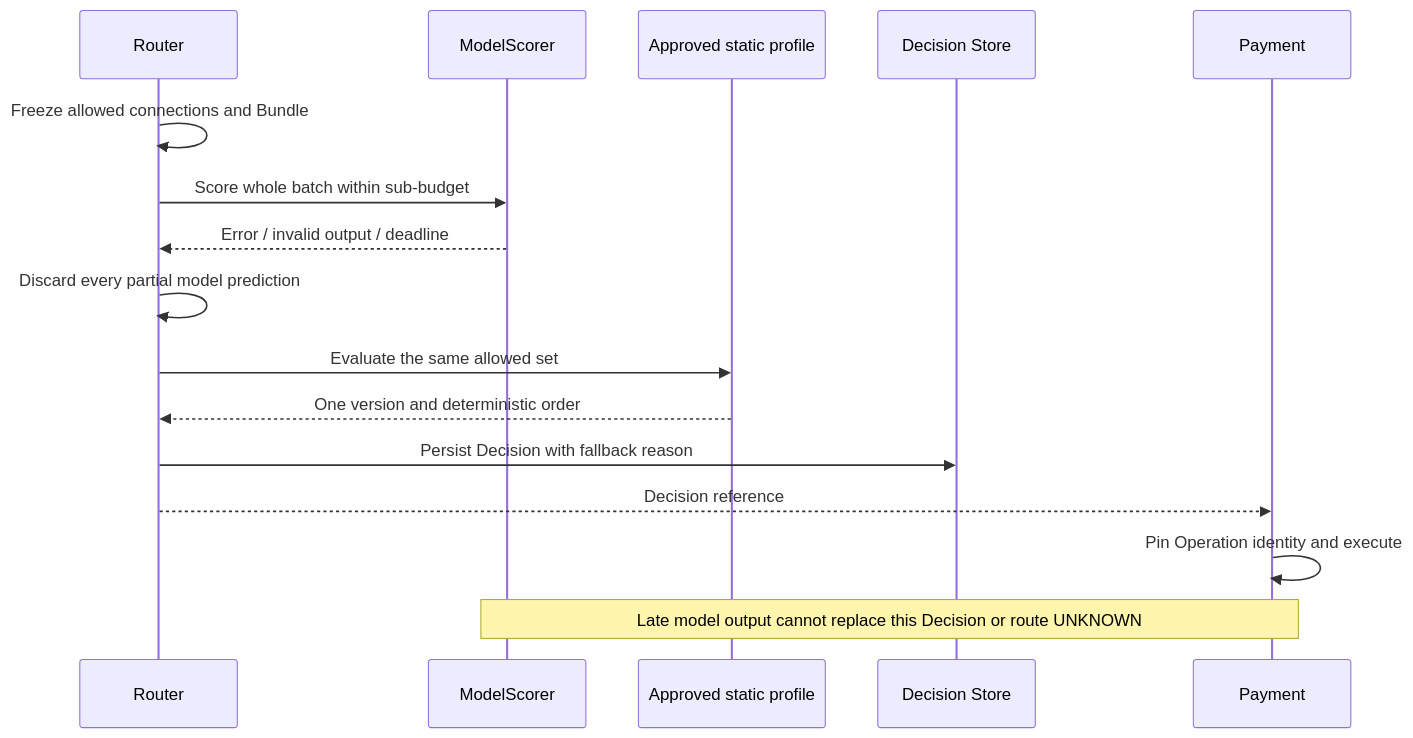
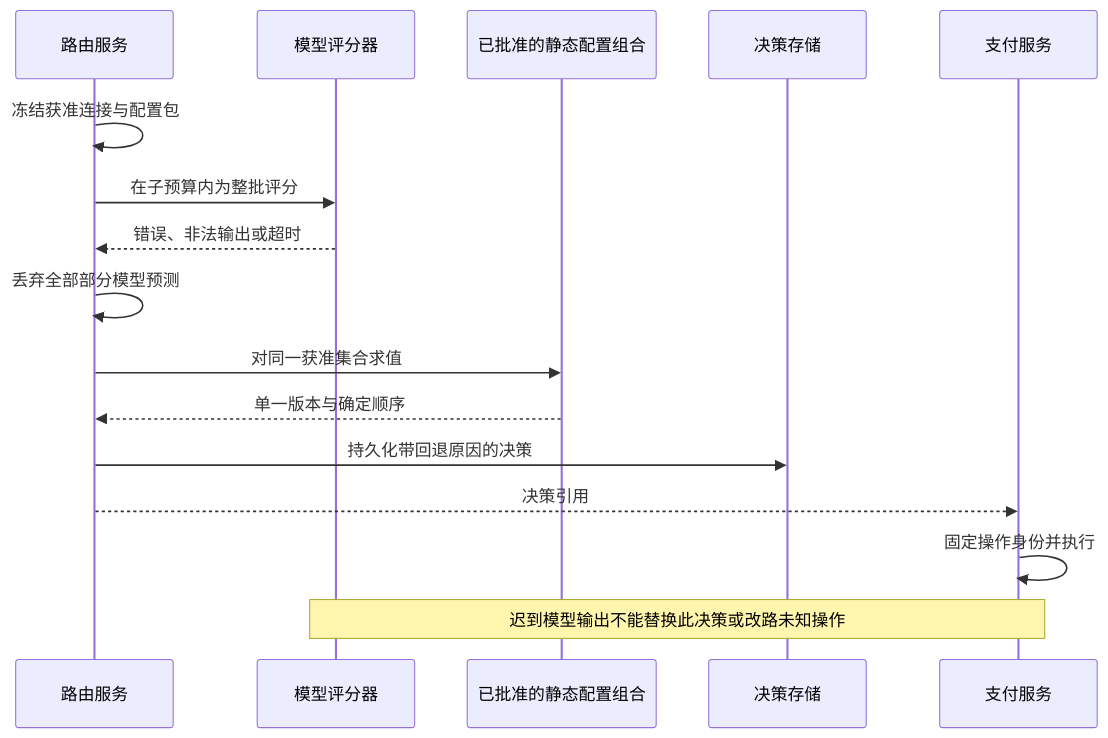
One commit to YouEclipse/Designing-Modern-Payment-Systems changed the third of 3 diagrams in part-5-global-routing/intelligent-routing.md. Above: the diagram before and after it, drawn with Mermaid. The commit also changed other lines of this file and 59 other files, not shown here.

````diff
--- a/part-5-global-routing/intelligent-routing.md
+++ b/part-5-global-routing/intelligent-routing.md
@@ -517,18 +517,18 @@
 ```mermaid
 sequenceDiagram
-    participant R as Router
-    participant M as ModelScorer
-    participant F as Approved static profile
-    participant D as Decision Store
-    participant P as Payment
-    R->>R: Freeze allowed connections and Bundle
-    R->>M: Score whole batch within sub-budget
-    M-->>R: Error / invalid output / deadline
-    R->>R: Discard every partial model prediction
-    R->>F: Evaluate the same allowed set
-    F-->>R: One version and deterministic order
-    R->>D: Persist Decision with fallback reason
-    R-->>P: Decision reference
-    P->>P: Pin Operation identity and execute
-    Note over M,P: Late model output cannot replace this Decision or route UNKNOWN
+    participant R as 路由服务
+    participant M as 模型评分器
+    participant F as 已批准的静态配置组合
+    participant D as 决策存储
+    participant P as 支付服务
+    R->>R: 冻结获准连接与配置包
+    R->>M: 在子预算内为整批评分
+    M-->>R: 错误、非法输出或超时
+    R->>R: 丢弃全部部分模型预测
+    R->>F: 对同一获准集合求值
+    F-->>R: 单一版本与确定顺序
+    R->>D: 持久化带回退原因的决策
+    R-->>P: 决策引用
+    P->>P: 固定操作身份并执行
+    Note over M,P: 迟到模型输出不能替换此决策或改路未知操作
 ```
````
